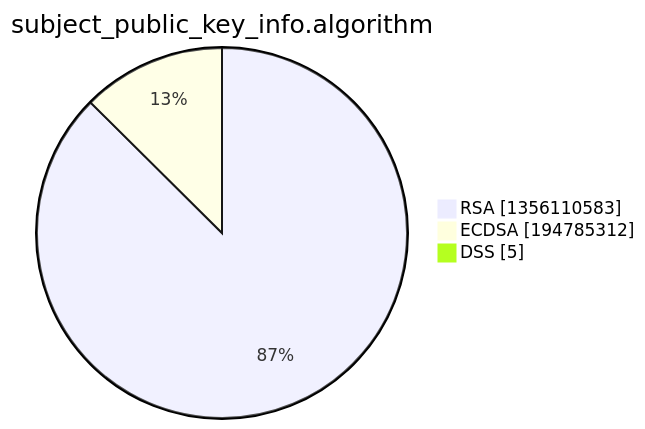
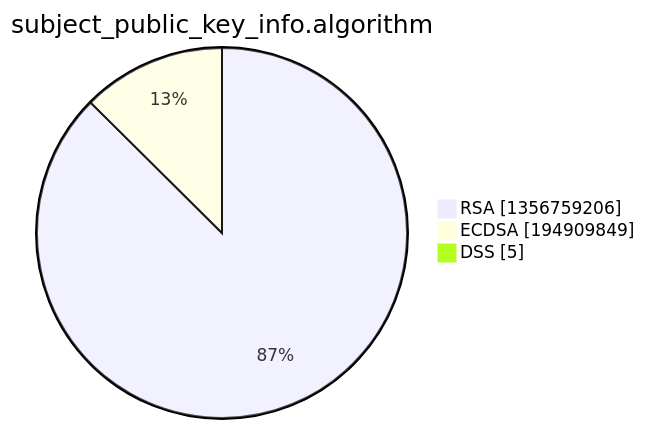
The third of 15 diagrams in xenon2022/README.md (christiankrug/ctmonitor_visualization), drawn with Mermaid before and after one commit. The commit also changed other lines of this file, not shown here.

````diff
--- a/xenon2022/README.md
+++ b/xenon2022/README.md
@@ -14,7 +14,7 @@
 ```mermaid
 pie showData
 title subject_public_key_info.algorithm
-"RSA" :1356110583
-"ECDSA" :194785312
+"RSA" :1356759206
+"ECDSA" :194909849
 "DSS" :5
 ```
````
